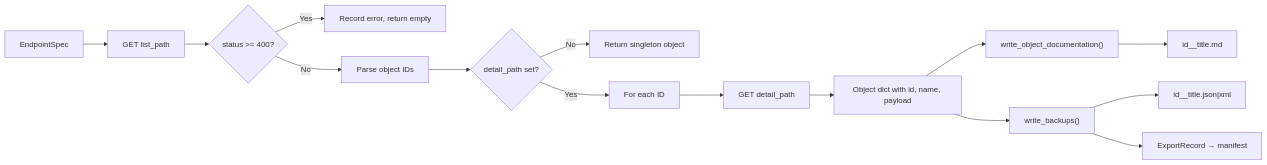
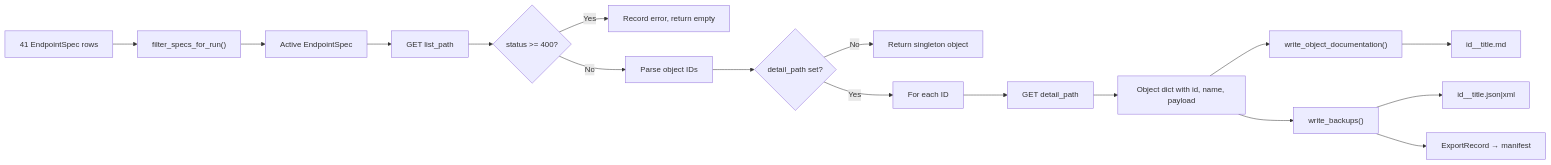
The third of 6 diagrams in docs/architecture.md (roto31/jamf-dossier), drawn with Mermaid before and after one commit. The commit also changed other lines of this file and 26 other files, not shown here.

````diff
--- a/docs/architecture.md
+++ b/docs/architecture.md
@@ -120,17 +124,19 @@
 ```mermaid
 flowchart LR
-  Spec["EndpointSpec"] --> ListReq["GET list_path"]
+  AllSpecs["41 EndpointSpec rows"] --> Filter["filter_specs_for_run()"]
+  Filter --> Spec["Active EndpointSpec"]
+  Spec --> ListReq["GET list_path"]
   ListReq --> StatusCheck{"status >= 400?"}
   StatusCheck -->|Yes| RecordErr["Record error, return empty"]
   StatusCheck -->|No| ParseIDs["Parse object IDs"]
   ParseIDs --> DetailCheck{"detail_path set?"}
   DetailCheck -->|No| Singleton["Return singleton object"]
   DetailCheck -->|Yes| DetailLoop["For each ID"]
   DetailLoop --> DetailReq["GET detail_path"]
   DetailReq --> ObjectDict["Object dict with id, name, payload"]
   ObjectDict --> WriteDoc["write_object_documentation()"]
   ObjectDict --> WriteBackup["write_backups()"]
   WriteDoc --> MDFile["id__title.md"]
   WriteBackup --> RawFile["id__title.json|xml"]
   WriteBackup --> ExportRecord["ExportRecord → manifest"]
 ```
````
